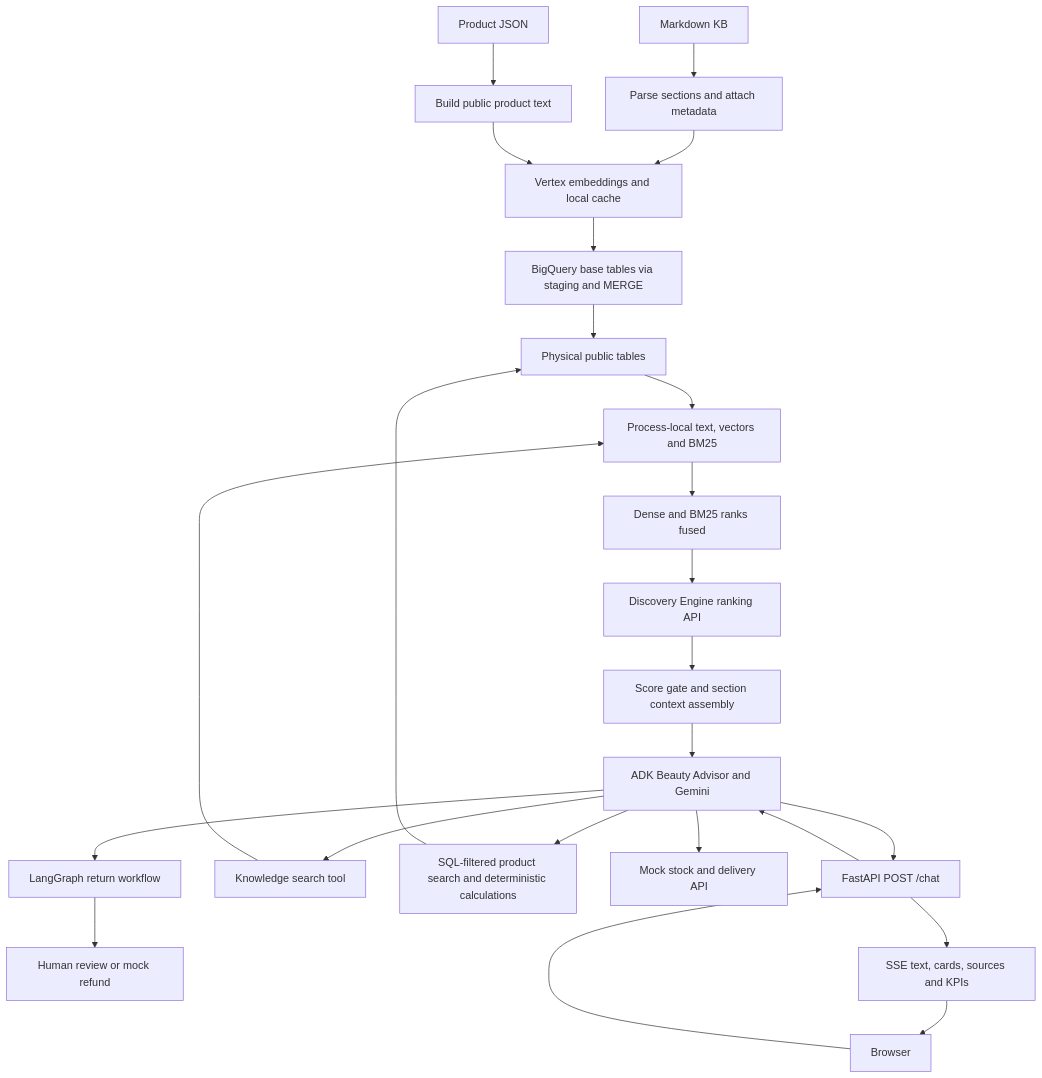
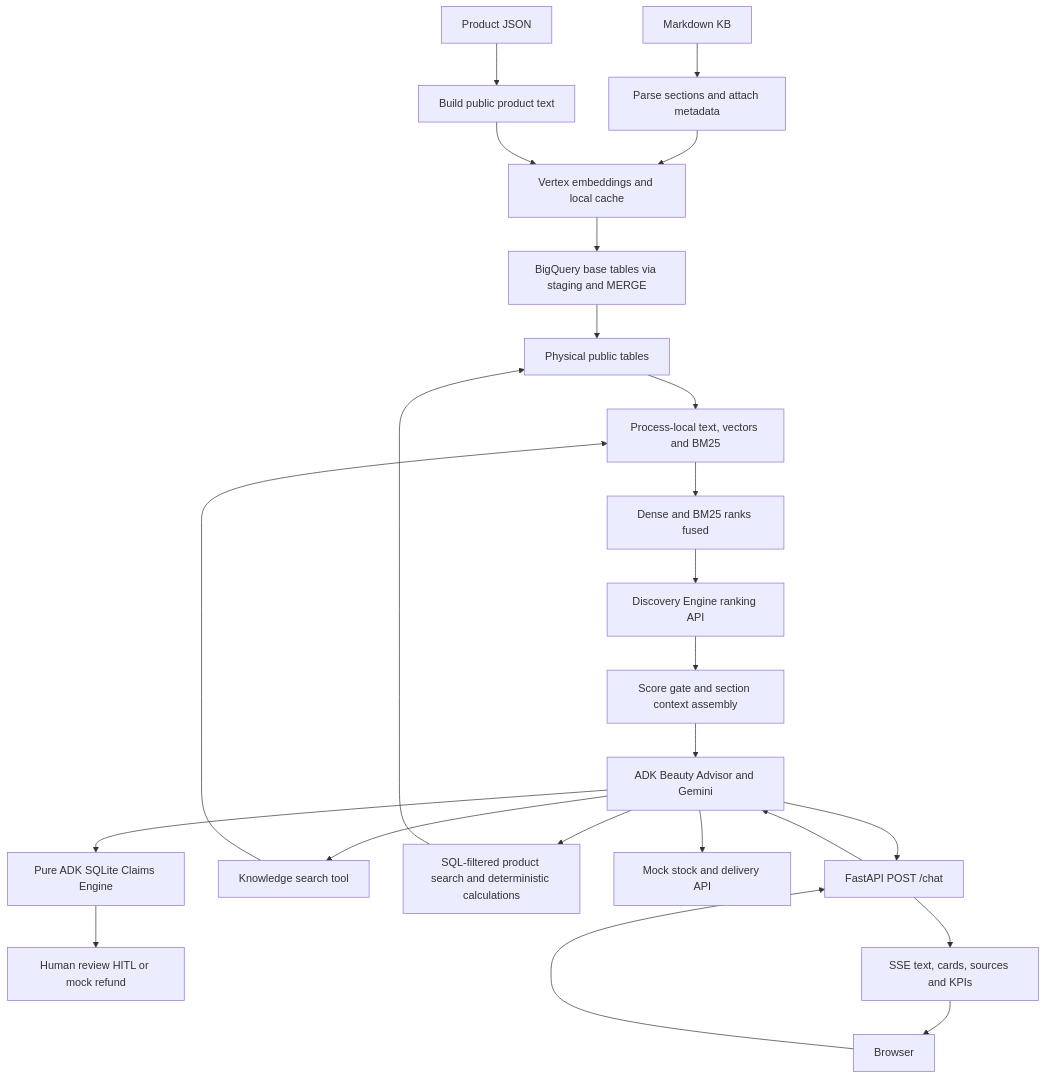
The diagram in docs/PROJECT_HANDOVER.md (Iloveiaverymuch/beauty-ops-copilot), drawn with Mermaid before and after one commit. The commit also changed other lines of this file and 6 other files, not shown here.

Commit message:
docs: finalize 15-min interview demo plan, 5-page PDF architecture dossier, and master plan handover

````diff
--- a/docs/PROJECT_HANDOVER.md
+++ b/docs/PROJECT_HANDOVER.md
@@ -51,26 +47,26 @@
 ```mermaid
 flowchart TD
   MD[Markdown KB] --> Parse[Parse sections and attach metadata]
   JSON[Product JSON] --> Text[Build public product text]
   Parse --> Embed[Vertex embeddings and local cache]
   Text --> Embed
   Embed --> BQ[BigQuery base tables via staging and MERGE]
   BQ --> Public[Physical public tables]
   Public --> Memory[Process-local text, vectors and BM25]
   UI[Browser] --> API[FastAPI POST /chat]
   API --> Agent[ADK Beauty Advisor and Gemini]
   Agent --> KB[Knowledge search tool]
   KB --> Memory
   Memory --> Fusion[Dense and BM25 ranks fused]
   Fusion --> Rank[Discovery Engine ranking API]
   Rank --> Context[Score gate and section context assembly]
   Context --> Agent
   Agent --> Products[SQL-filtered product search and deterministic calculations]
   Products --> Public
   Agent --> Retail[Mock stock and delivery API]
-  Agent --> Claims[LangGraph return workflow]
-  Claims --> Review[Human review or mock refund]
+  Agent --> Claims[Pure ADK SQLite Claims Engine]
+  Claims --> Review[Human review HITL or mock refund]
   Agent --> API
   API --> SSE[SSE text, cards, sources and KPIs]
   SSE --> UI
 ```
````
